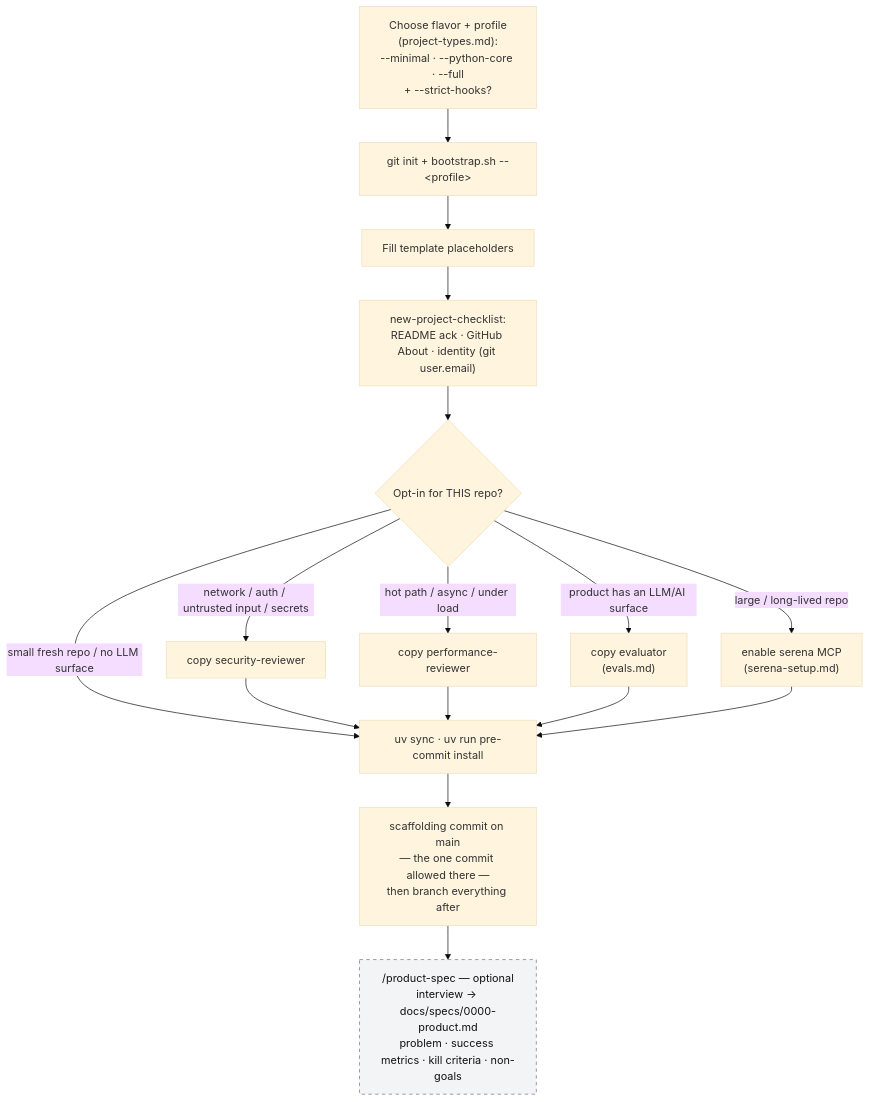
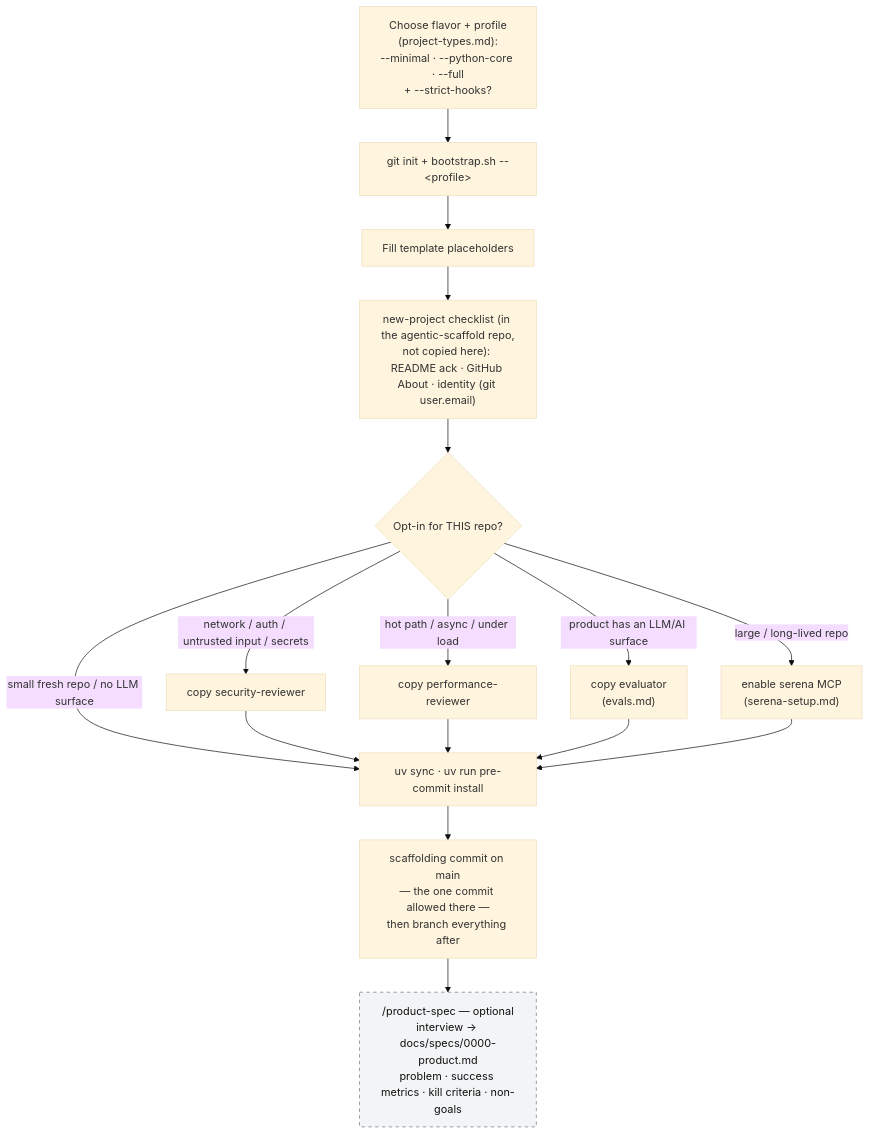
Before and after one commit to bbirkinbine/agentic-scaffold: the second of 6 diagrams in python/docs/workflow-diagram.md, drawn with Mermaid (base theme). The commit also changed 4 other files, not shown here.

````diff
--- a/python/docs/workflow-diagram.md
+++ b/python/docs/workflow-diagram.md
@@ -71,21 +71,21 @@
 ```mermaid
 flowchart TD
     A0["Choose flavor + profile<br/>(project-types.md):<br/>--minimal · --python-core · --full<br/>+ --strict-hooks?"] --> A["git init + bootstrap.sh --&lt;profile&gt;"]
     A --> B["Fill template placeholders"]
-    B --> C["new-project-checklist:<br/>README ack · GitHub About · identity (git user.email)"]
+    B --> C["new-project checklist (in the agentic-scaffold repo,<br/>not copied here): README ack · GitHub About · identity (git user.email)"]
     C --> D{"Opt-in for THIS repo?"}
     D -->|"network / auth / untrusted input / secrets"| D1["copy security-reviewer"]
     D -->|"hot path / async / under load"| D2["copy performance-reviewer"]
     D -->|"product has an LLM/AI surface"| D4["copy evaluator<br/>(evals.md)"]
     D -->|"large / long-lived repo"| D3["enable serena MCP<br/>(serena-setup.md)"]
     D -->|"small fresh repo / no LLM surface"| E
     D1 --> E
     D2 --> E
     D4 --> E
     D3 --> E
     E["uv sync · uv run pre-commit install"] --> F["scaffolding commit on main<br/>— the one commit allowed there —<br/>then branch everything after"]
     F --> G["/product-spec — optional<br/>interview → docs/specs/0000-product.md<br/>problem · success metrics · kill criteria · non-goals"]
 
     classDef optional fill:#f3f4f6,stroke:#6b7280,color:#111,stroke-dasharray: 5 5;
     class G optional;
 ```
````
